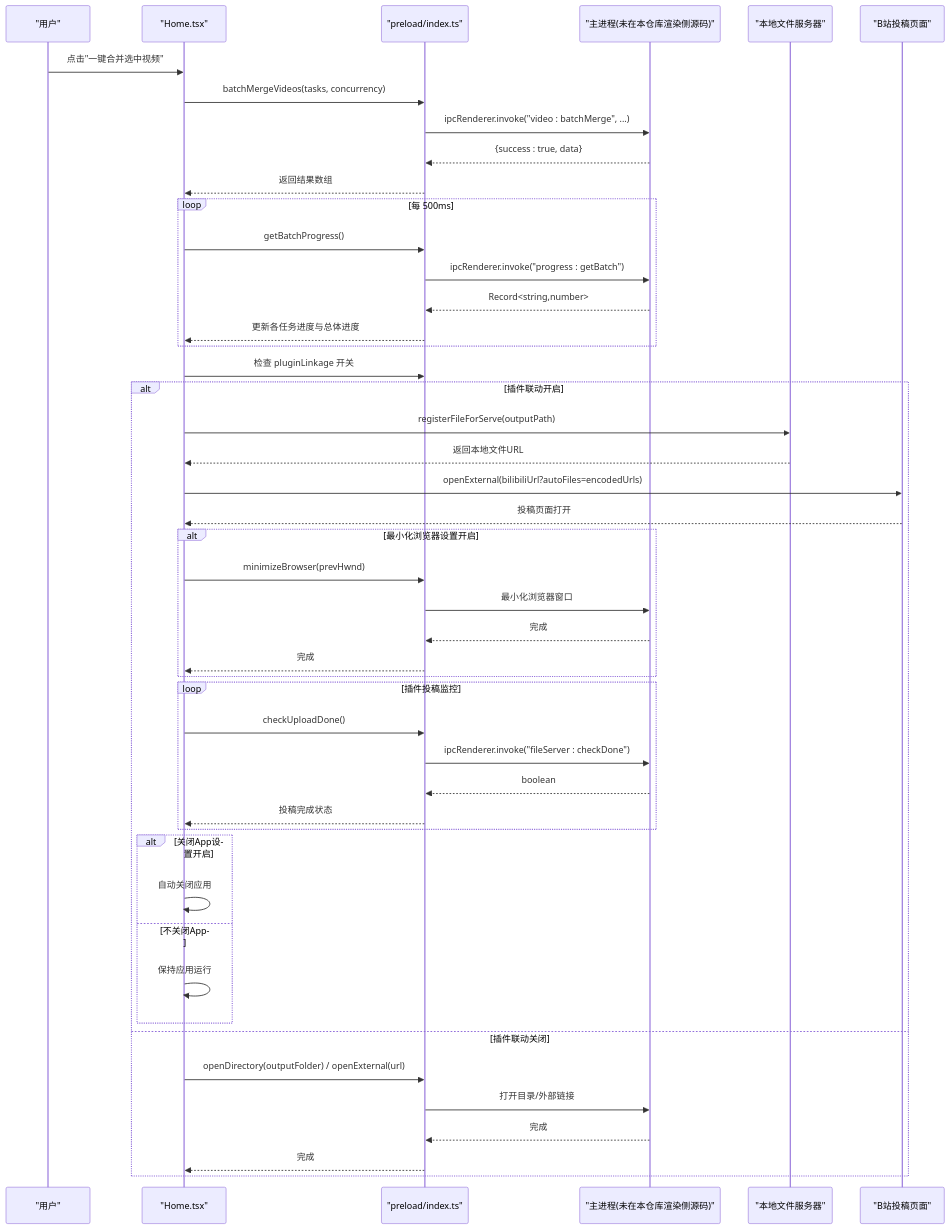
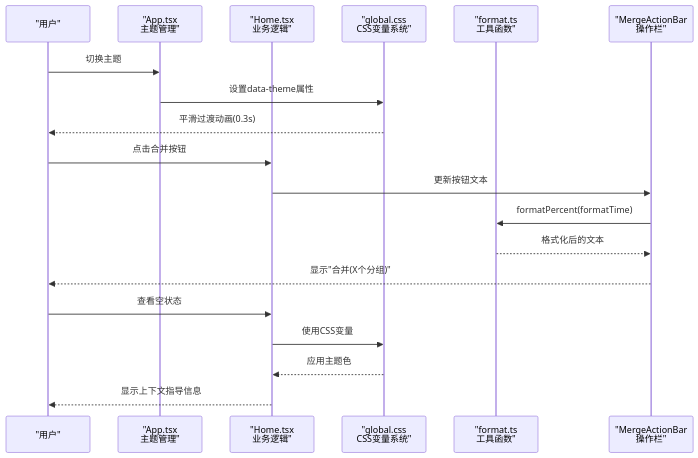
One commit to HoarfrostKimi/Video-Merger changed the second of 5 diagrams in .qoder/repowiki/zh/content/用户界面.md. Above: the diagram before and after it, drawn with Mermaid. The commit also changed other lines of this file and 43 other files, not shown here.

````diff
--- a/.qoder/repowiki/zh/content/用户界面.md
+++ b/.qoder/repowiki/zh/content/用户界面.md
@@ -107,49 +141,21 @@
 ```mermaid
 sequenceDiagram
 participant U as "用户"
-participant H as "Home.tsx"
-participant P as "preload/index.ts"
-participant M as "主进程(未在本仓库渲染侧源码)"
-participant S as "本地文件服务器"
-participant B as "B站投稿页面"
-U->>H : 点击"一键合并选中视频"
-H->>P : batchMergeVideos(tasks, concurrency)
-P->>M : ipcRenderer.invoke("video : batchMerge", ...)
-M-->>P : {success : true, data}
-P-->>H : 返回结果数组
-loop 每 500ms
-H->>P : getBatchProgress()
-P->>M : ipcRenderer.invoke("progress : getBatch")
-M-->>P : Record<string,number>
-P-->>H : 更新各任务进度与总体进度
-end
-H->>P : 检查 pluginLinkage 开关
-alt 插件联动开启
-H->>S : registerFileForServe(outputPath)
-S-->>H : 返回本地文件URL
-H->>B : openExternal(bilibiliUrl?autoFiles=encodedUrls)
-B-->>H : 投稿页面打开
-alt 最小化浏览器设置开启
-H->>P : minimizeBrowser(prevHwnd)
-P->>M : 最小化浏览器窗口
-M-->>P : 完成
-P-->>H : 完成
-end
-loop 插件投稿监控
-H->>P : checkUploadDone()
-P->>M : ipcRenderer.invoke("fileServer : checkDone")
-M-->>P : boolean
-P-->>H : 投稿完成状态
-end
-alt 关闭App设置开启
-H->>H : 自动关闭应用
-else 不关闭App
-H->>H : 保持应用运行
-end
-else 插件联动关闭
-H->>P : openDirectory(outputFolder) / openExternal(url)
-P->>M : 打开目录/外部链接
-M-->>P : 完成
-P-->>H : 完成
-end
+participant A as "App.tsx<br/>主题管理"
+participant H as "Home.tsx<br/>业务逻辑"
+participant CSS as "global.css<br/>CSS变量系统"
+participant F as "format.ts<br/>工具函数"
+participant M as "MergeActionBar<br/>操作栏"
+U->>A : 切换主题
+A->>CSS : 设置data-theme属性
+CSS-->>U : 平滑过渡动画(0.3s)
+U->>H : 点击合并按钮
+H->>M : 更新按钮文本
+M->>F : formatPercent(formatTime)
+F-->>M : 格式化后的文本
+M-->>U : 显示"合并(X个分组)"
+U->>H : 查看空状态
+H->>CSS : 使用CSS变量
+CSS-->>H : 应用主题色
+H-->>U : 显示上下文指导信息
 ```
````
